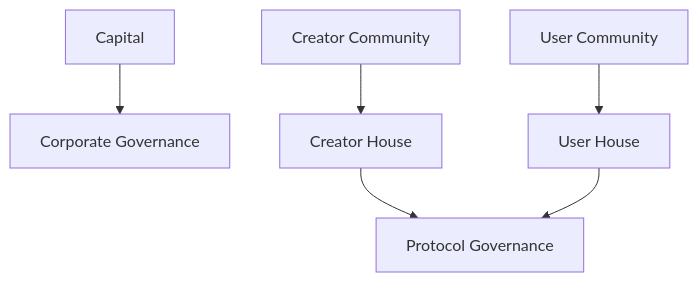
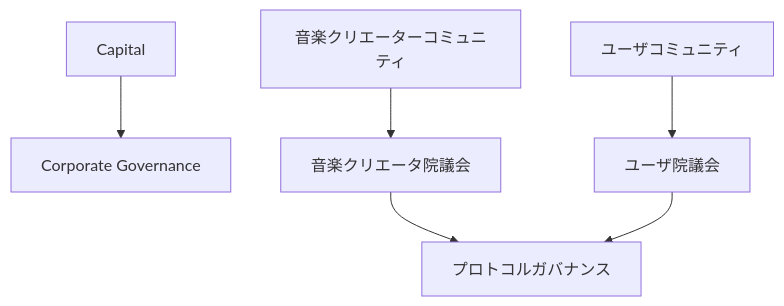
Diagram 12 of 23 in docs/whitepaper/07-governance.md (ShigeichiroYamasaki/creator-first-platform), drawn with Mermaid before and after one commit. The commit also changed other lines of this file and 67 other files, not shown here.

````diff
--- a/docs/whitepaper/07-governance.md
+++ b/docs/whitepaper/07-governance.md
@@ -587,15 +615,15 @@
 ```mermaid
 flowchart TD
     CAPITAL[Capital]
     CORP[Corporate Governance]
 
-    CREATOR[Creator Community]
-    USER[User Community]
+    CREATOR[音楽クリエーターコミュニティ]
+    USER[ユーザコミュニティ]
 
     CAPITAL --> CORP
-    CREATOR --> CH[Creator House]
-    USER --> UH[User House]
+    CREATOR --> CH[音楽クリエータ院議会]
+    USER --> UH[ユーザ院議会]
 
-    CH --> PROTOCOL[Protocol Governance]
+    CH --> PROTOCOL[プロトコルガバナンス]
     UH --> PROTOCOL
 ```
````
